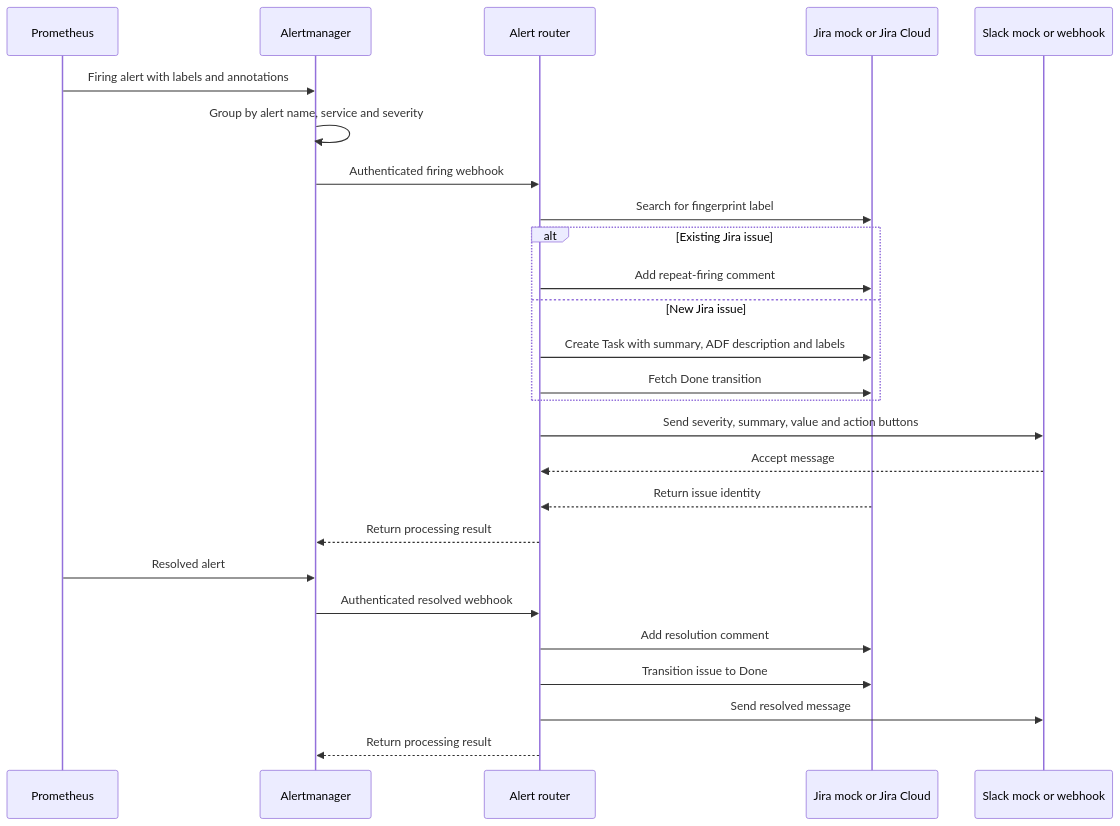
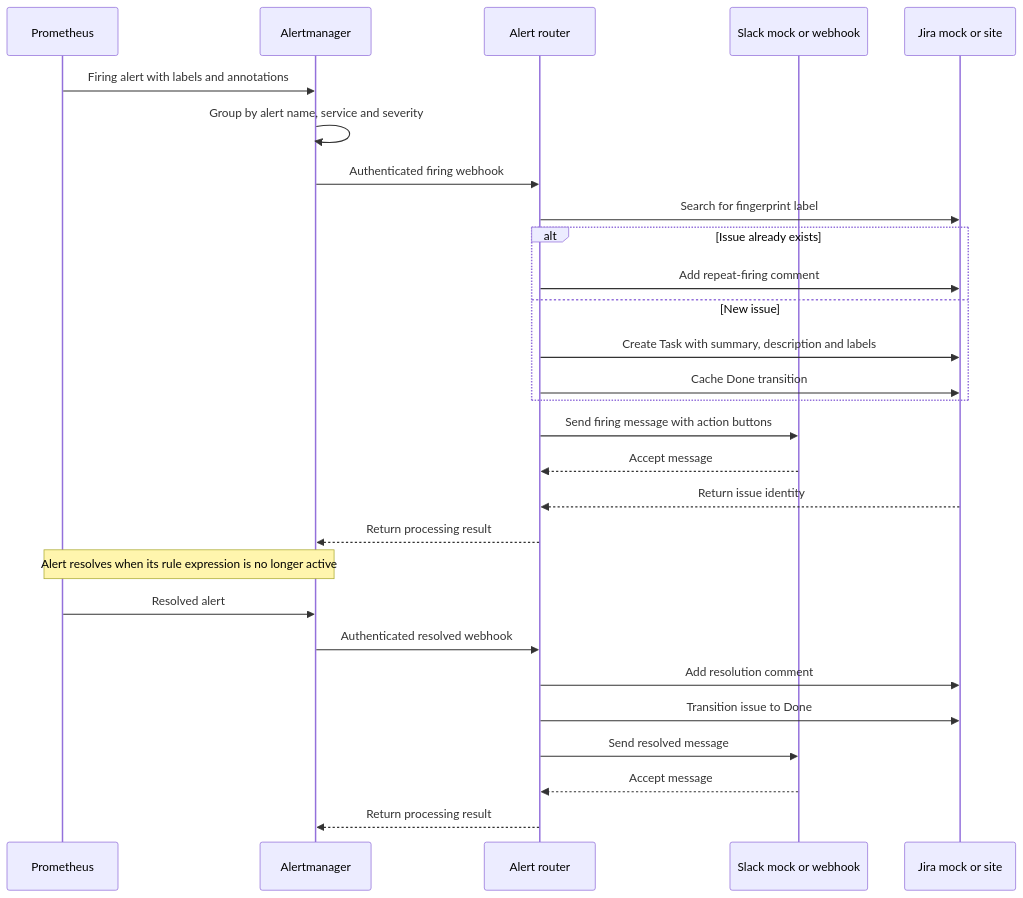
Before and after one commit to siiick-brain/Cloudops-Sentinel: the diagram in docs/alerting-flow.md, drawn with Mermaid. The commit also changed other lines of this file and 10 other files, not shown here.

````diff
--- a/docs/alerting-flow.md
+++ b/docs/alerting-flow.md
@@ -5,29 +5,31 @@
 ```mermaid
 sequenceDiagram
   participant P as Prometheus
   participant A as Alertmanager
   participant R as Alert router
-  participant J as Jira mock or Jira Cloud
   participant S as Slack mock or webhook
+  participant J as Jira mock or site
 
   P->>A: Firing alert with labels and annotations
   A->>A: Group by alert name, service and severity
   A->>R: Authenticated firing webhook
   R->>J: Search for fingerprint label
-  alt Existing Jira issue
+  alt Issue already exists
     R->>J: Add repeat-firing comment
-  else New Jira issue
-    R->>J: Create Task with summary, ADF description and labels
-    R->>J: Fetch Done transition
+  else New issue
+    R->>J: Create Task with summary, description and labels
+    R->>J: Cache Done transition
   end
-  R->>S: Send severity, summary, value and action buttons
+  R->>S: Send firing message with action buttons
   S-->>R: Accept message
   J-->>R: Return issue identity
   R-->>A: Return processing result
+  Note over P,A: Alert resolves when its rule expression is no longer active
   P->>A: Resolved alert
   A->>R: Authenticated resolved webhook
   R->>J: Add resolution comment
   R->>J: Transition issue to Done
   R->>S: Send resolved message
+  S-->>R: Accept message
   R-->>A: Return processing result
 ```
````
